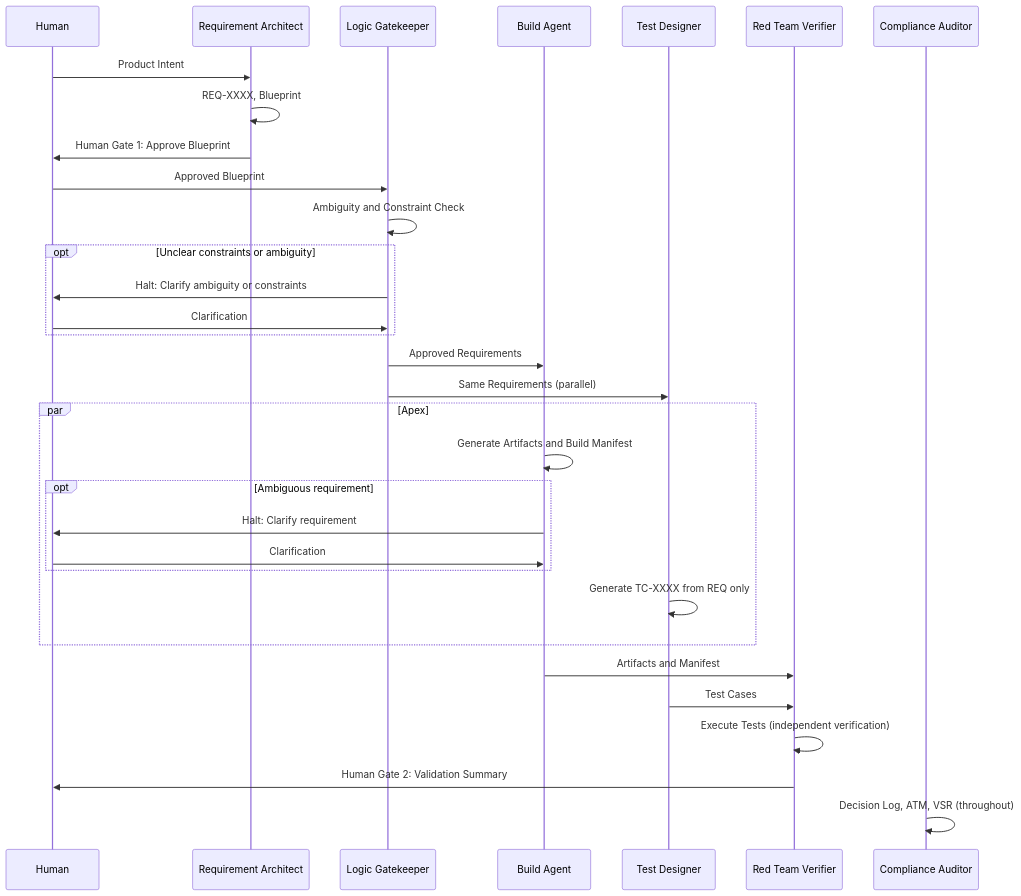
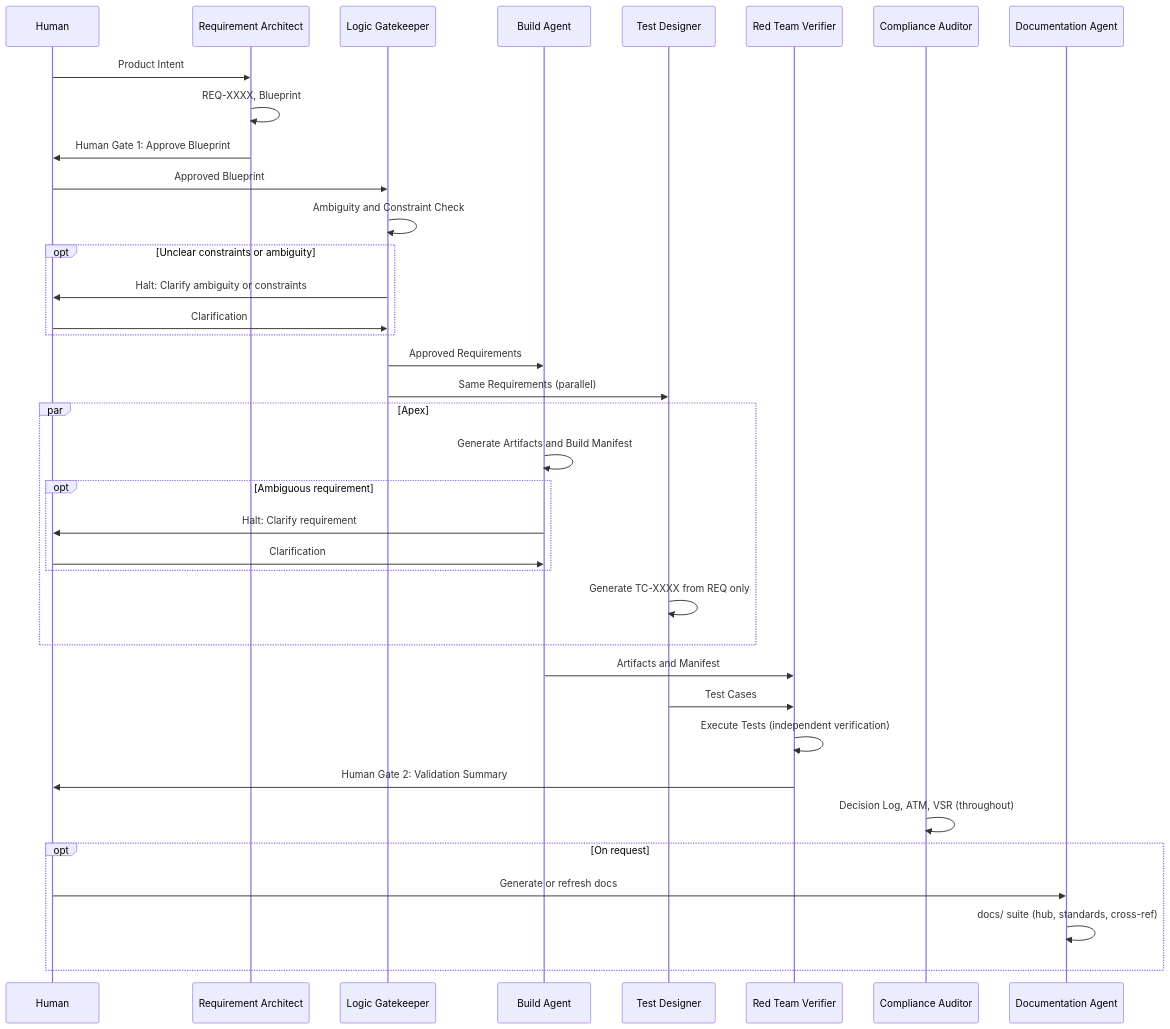
Before and after one commit to Agile-V/agile_v_skills: the diagram in README.md, drawn with Mermaid. The commit also changed other lines of this file and 1 other file, not shown here.

Commit message:
feat: add documentation skill

````diff
--- a/README.md
+++ b/README.md
@@ -62,37 +64,42 @@
 ```mermaid
 sequenceDiagram
     participant Human
     participant RA as Requirement Architect
     participant LG as Logic Gatekeeper
     participant BA as Build Agent
     participant TD as Test Designer
     participant RTV as Red Team Verifier
     participant CA as Compliance Auditor
+    participant DA as Documentation Agent
 
     Human->>RA: Product Intent
     RA->>RA: REQ-XXXX, Blueprint
     RA->>Human: Human Gate 1: Approve Blueprint
     Human->>LG: Approved Blueprint
     LG->>LG: Ambiguity and Constraint Check
     opt Unclear constraints or ambiguity
         LG->>Human: Halt: Clarify ambiguity or constraints
         Human->>LG: Clarification
     end
     LG->>BA: Approved Requirements
     LG->>TD: Same Requirements (parallel)
 
     par Apex
         BA->>BA: Generate Artifacts and Build Manifest
         opt Ambiguous requirement
             BA->>Human: Halt: Clarify requirement
             Human->>BA: Clarification
         end
         TD->>TD: Generate TC-XXXX from REQ only
     end
 
     BA->>RTV: Artifacts and Manifest
     TD->>RTV: Test Cases
     RTV->>RTV: Execute Tests (independent verification)
     RTV->>Human: Human Gate 2: Validation Summary
     CA->>CA: Decision Log, ATM, VSR (throughout)
+    opt On request
+        Human->>DA: Generate or refresh docs
+        DA->>DA: docs/ suite (hub, standards, cross-ref)
+    end
 ```
````
